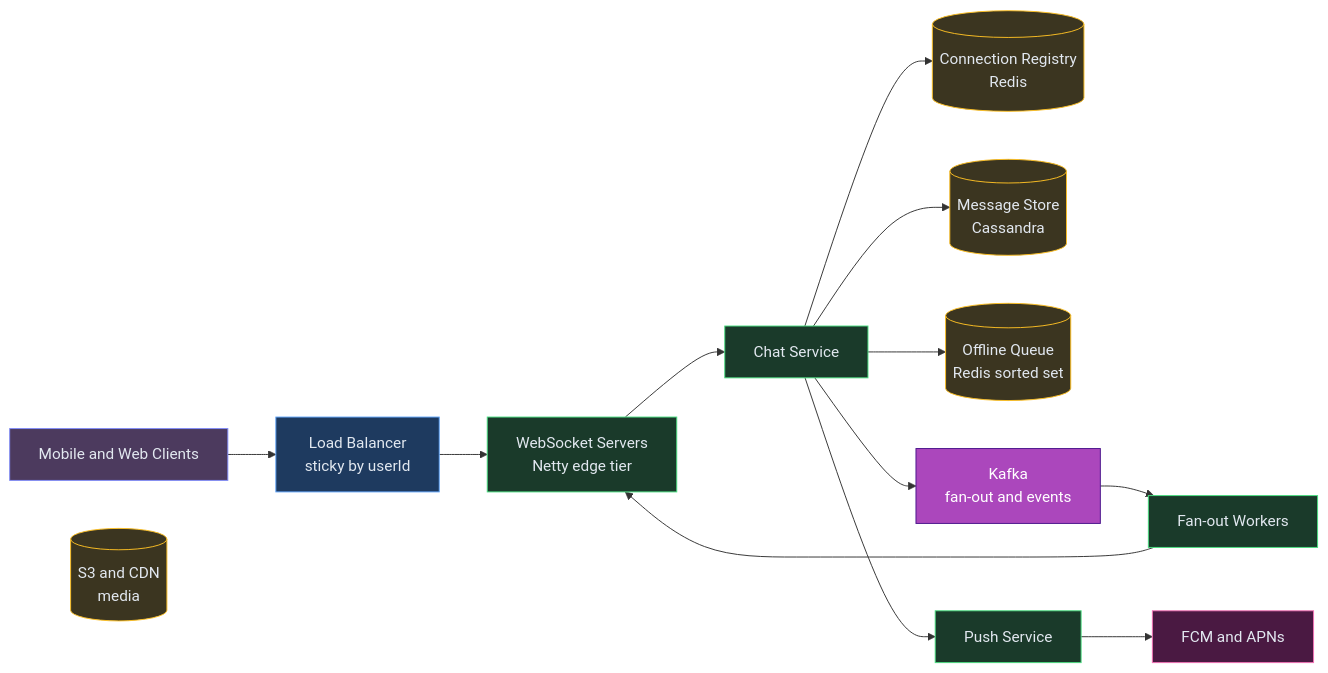
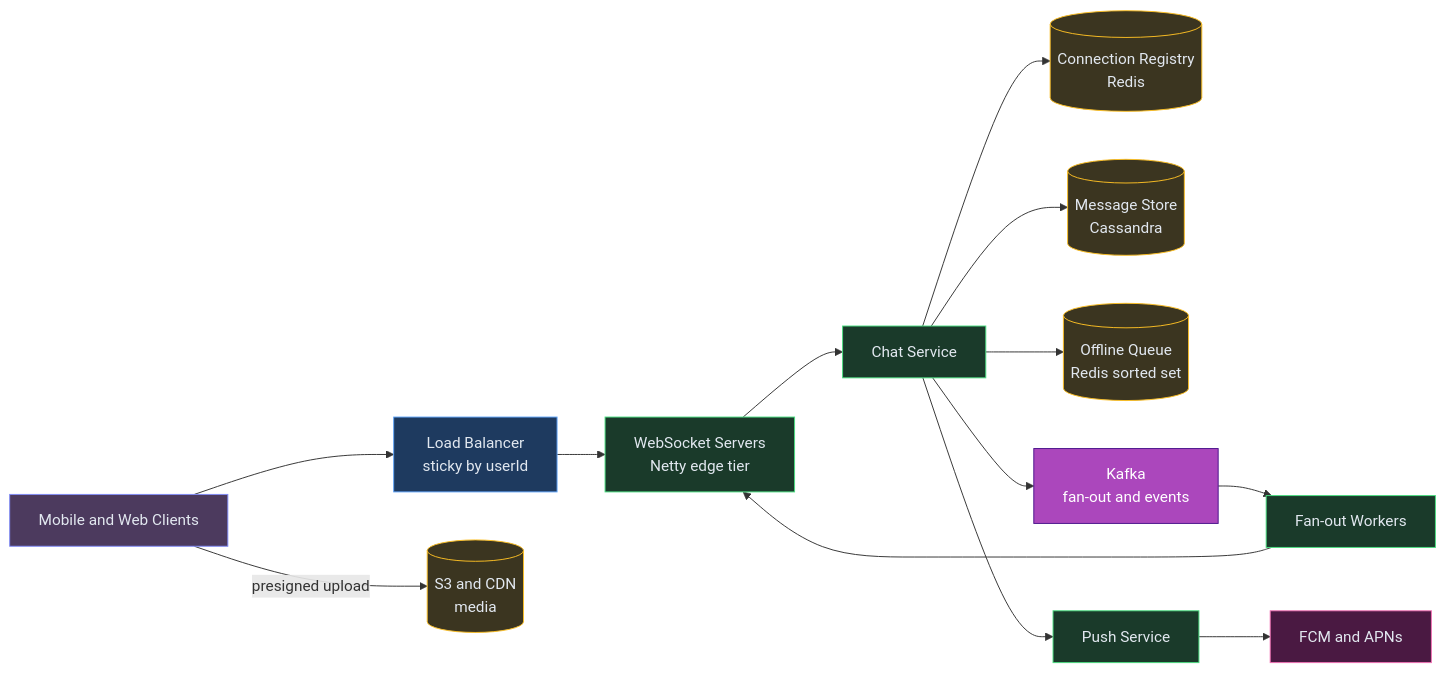
Before and after one commit to iluzn/HLD-Designs: the sixth of 6 diagrams in content/hld/ChatSystem.md, drawn with Mermaid.

Commit message:
fix Chat System final arch: add client → S3 presigned upload link for media

````diff
--- a/content/hld/ChatSystem.md
+++ b/content/hld/ChatSystem.md
@@ -455,34 +455,35 @@
 ```mermaid
 flowchart LR
     CLIENTS["Mobile and Web Clients"]:::client
     LB["Load Balancer<br/>sticky by userId"]:::edge
     WS["WebSocket Servers<br/>Netty edge tier"]:::service
     CHAT["Chat Service"]:::service
     REG[("Connection Registry<br/>Redis")]:::data
     STORE[("Message Store<br/>Cassandra")]:::data
     OFFLINE[("Offline Queue<br/>Redis sorted set")]:::data
     K["Kafka<br/>fan-out and events"]:::async
     FAN["Fan-out Workers"]:::service
     PUSH["Push Service"]:::service
     MEDIA[("S3 and CDN<br/>media")]:::data
     FCM["FCM and APNs"]:::external
 
     CLIENTS --> LB
+    CLIENTS -->|"presigned upload"| MEDIA
     LB --> WS
     WS --> CHAT
     CHAT --> REG
     CHAT --> STORE
     CHAT --> OFFLINE
     CHAT --> K
     K --> FAN
     FAN --> WS
     CHAT --> PUSH
     PUSH --> FCM
 
     classDef client fill:#4c3a5e,stroke:#818cf8,color:#e2e8f0
     classDef edge fill:#1e3a5f,stroke:#60a5fa,color:#e2e8f0
     classDef service fill:#1a3a2a,stroke:#4ade80,color:#e2e8f0
     classDef async fill:#AB47BC,stroke:#4A148C,color:#fff
     classDef data fill:#3b3520,stroke:#fbbf24,color:#e2e8f0
     classDef external fill:#4a1942,stroke:#f472b6,color:#e2e8f0
 ```
````
